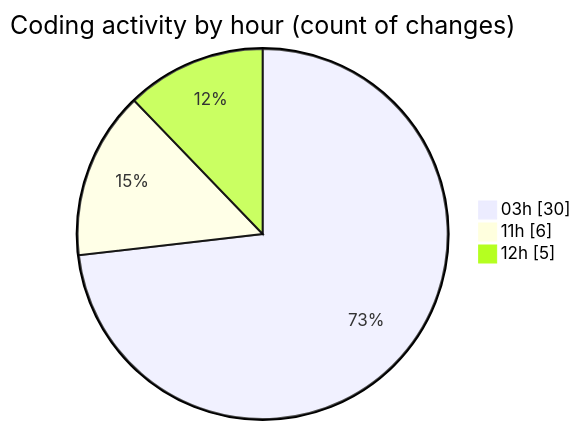
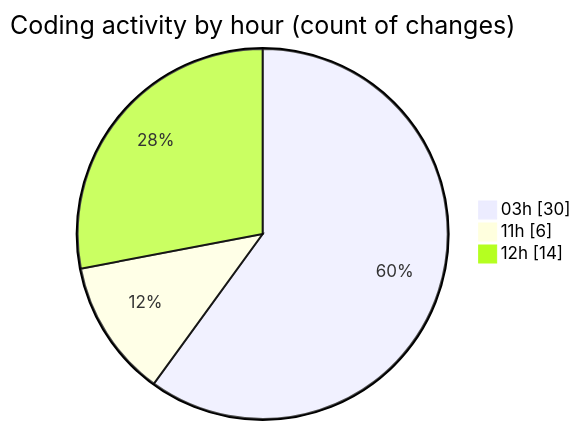
One commit to lephambinh05/code-tracking changed the second of 2 diagrams in 2025-09-13/napxuvn/README.md. Above: the diagram before and after it, drawn with Mermaid. The commit also changed other lines of this file and 1 other file, not shown here.

````diff
--- a/2025-09-13/napxuvn/README.md
+++ b/2025-09-13/napxuvn/README.md
@@ -45,7 +50,7 @@
 ```mermaid
 pie showData
 title Coding activity by hour (count of changes)
 "03h" : 30
 "11h" : 6
-"12h" : 5
+"12h" : 14
 ```
````
